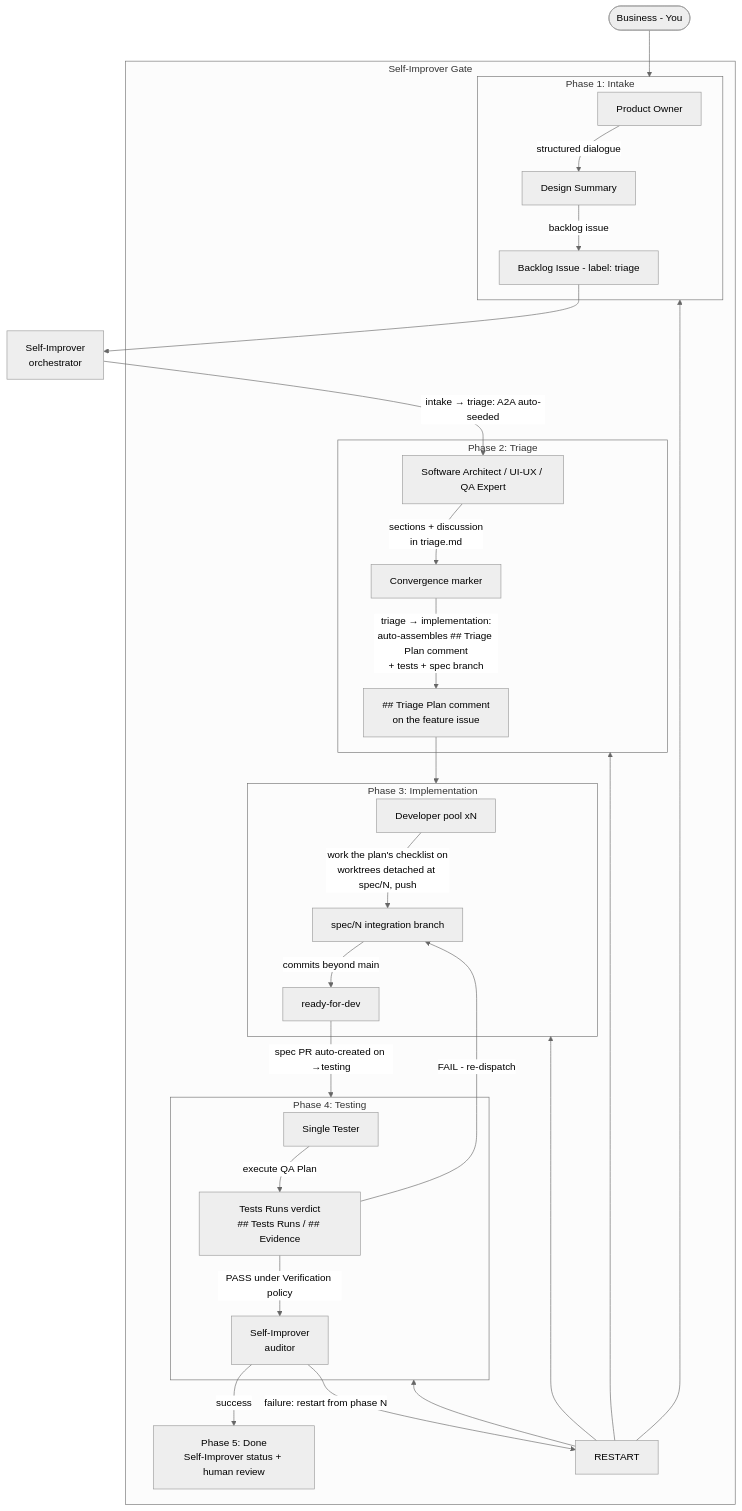
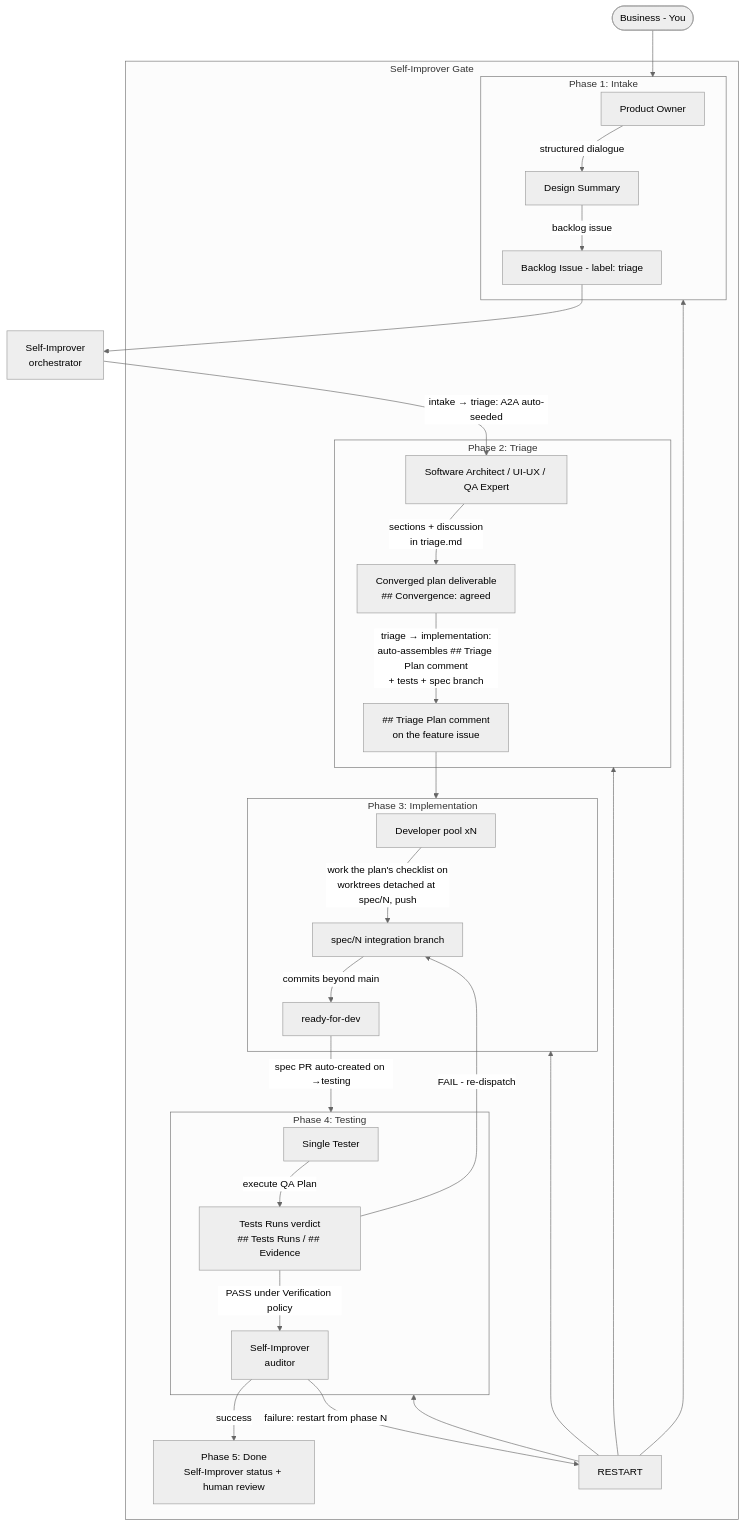
Before and after one commit to FredoAi/fredo: the diagram in docs/agentic-pipeline/pipeline.md, drawn with Mermaid (neutral theme). The commit also changed other lines of this file and 9 other files, not shown here.

First line of the commit message:
fix(pipeline): triage deliverable is the implementation plan (A2A file), not a GitHub Decision comment; no artificial staffing cap; tmp/.md fallback for agents

````diff
--- a/docs/agentic-pipeline/pipeline.md
+++ b/docs/agentic-pipeline/pipeline.md
@@ -16,45 +16,45 @@
 ```mermaid
 flowchart TD
     B([Business - You]) --> P1
 
     subgraph P1[Phase 1: Intake]
         PO[Product Owner]
         PO --> |structured dialogue| SUM[Design Summary]
         SUM --> |backlog issue| BL[Backlog Issue - label: triage]
     end
 
     BL --> SI1[Self-Improver<br/>orchestrator]
     SI1 --> |intake → triage: A2A auto-seeded| TRIAGE
     subgraph P2[Phase 2: Triage]
         TRIAGE[Software Architect / UI-UX / QA Expert]
-        TRIAGE --> |sections + discussion<br/>in triage.md| CONV[Convergence marker]
+        TRIAGE --> |sections + discussion<br/>in triage.md| CONV[Converged plan deliverable<br/>## Convergence: agreed]
         CONV --> |triage → implementation:<br/>auto-assembles ## Triage Plan comment<br/>+ tests + spec branch| PLAN[## Triage Plan comment<br/>on the feature issue]
     end
 
     PLAN --> P3
     subgraph P3[Phase 3: Implementation]
         DEV[Developer pool xN]
         DEV --> |work the plan's checklist on<br/>worktrees detached at spec/N, push| SPEC[spec/N integration branch]
         SPEC --> |commits beyond main| READY[ready-for-dev]
     end
 
     READY --> |spec PR auto-created on →testing| P4
     subgraph P4[Phase 4: Testing]
         T[Single Tester]
         T --> |execute QA Plan| TR[Tests Runs verdict<br/>## Tests Runs / ## Evidence]
         TR --> |FAIL - re-dispatch| SPEC
         TR --> |PASS under Verification policy| AUDIT
     end
 
     subgraph GATE[Self-Improver Gate]
         AUDIT[Self-Improver<br/>auditor]
         AUDIT --> |success| DONE2
         AUDIT --> |failure: restart from phase N| RESTART
         RESTART --> P1
         RESTART --> P2
         RESTART --> P3
         RESTART --> P4
     end
 
     DONE2[Phase 5: Done<br/>Self-Improver status + human review]
 ```
````
